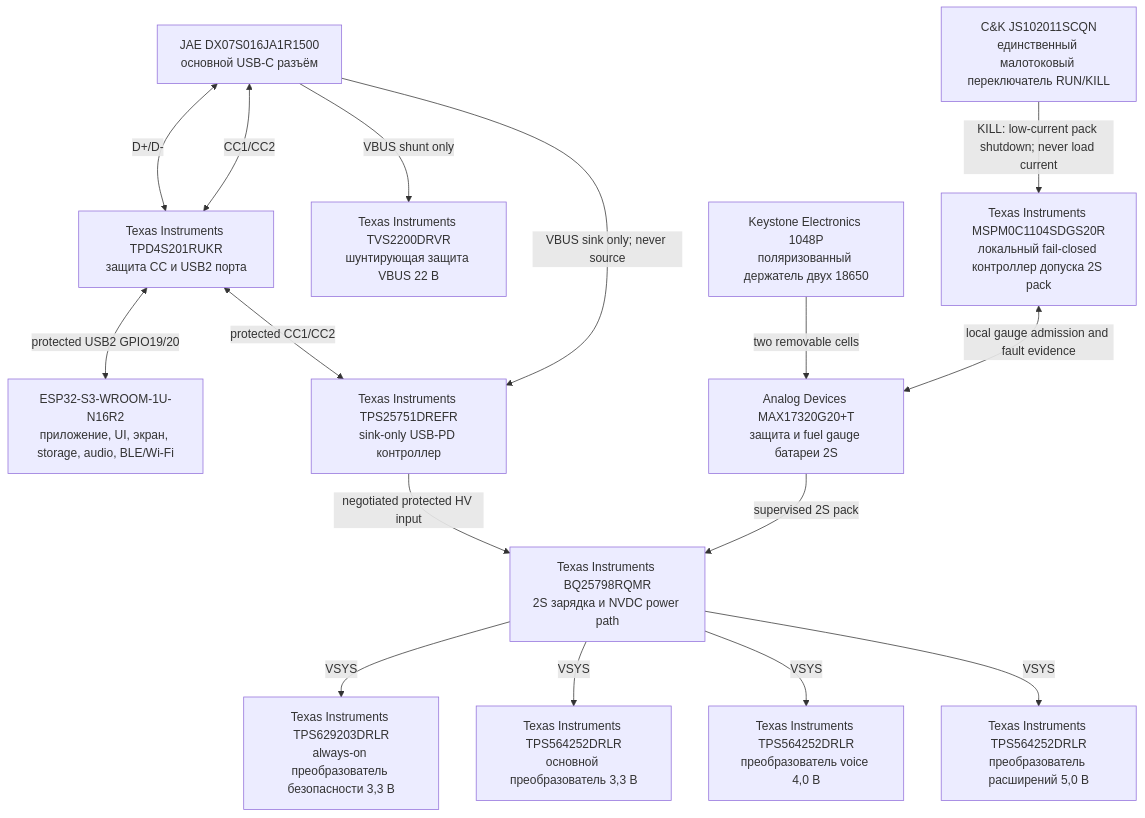
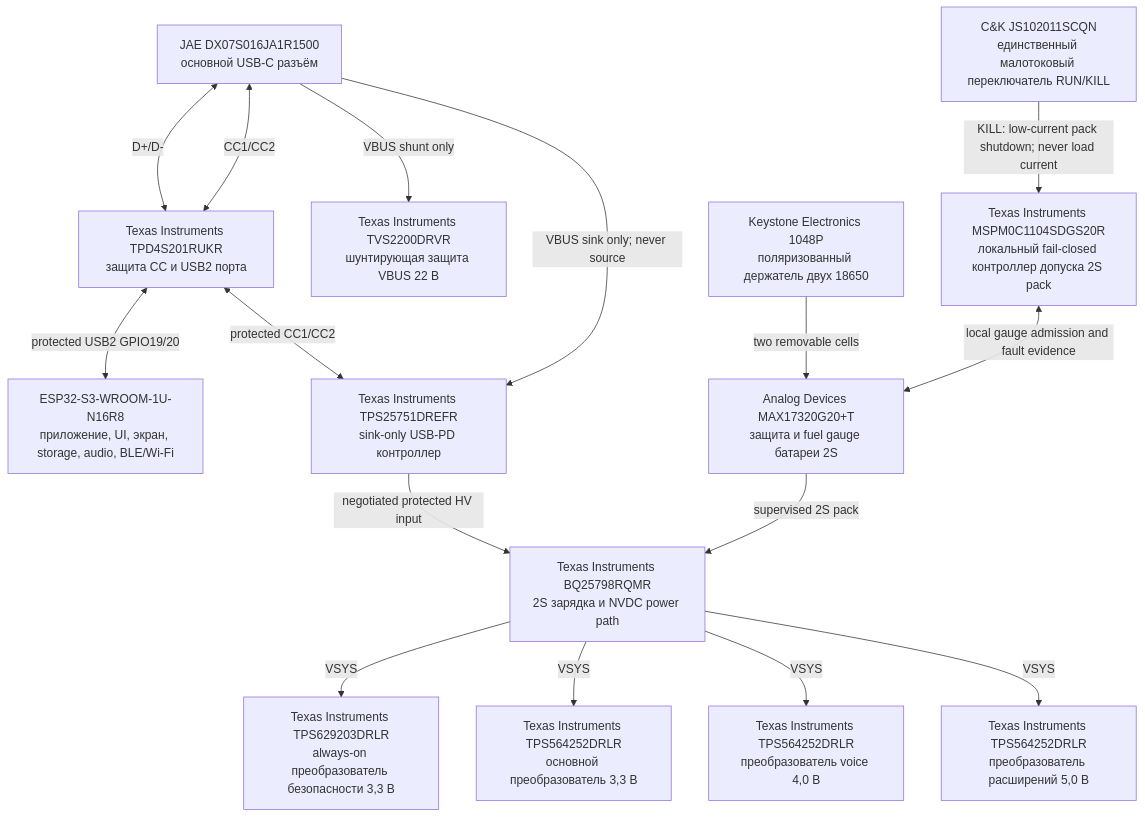
One commit to anton-vinogradov/esp32-leshy2 changed the ninth of 10 diagrams in README.ru.md. Above: the diagram before and after it, drawn with Mermaid. The commit also changed other lines of this file and 23 other files, not shown here.

````diff
--- a/README.ru.md
+++ b/README.ru.md
@@ -279,29 +286,29 @@
 ```mermaid
 flowchart TD
 PRODUCT_USB_CONNECTOR["JAE DX07S016JA1R1500<br/>основной USB-C разъём"]
 PRODUCT_USB_PROTECTOR["Texas Instruments TPD4S201RUKR<br/>защита CC и USB2 порта"]
-S3["ESP32-S3-WROOM-1U-N16R2<br/>приложение, UI, экран, storage, audio, BLE/Wi-Fi"]
+S3["ESP32-S3-WROOM-1U-N16R8<br/>приложение, UI, экран, storage, audio, BLE/Wi-Fi"]
 PD_VBUS_TVS["Texas Instruments TVS2200DRVR<br/>шунтирующая защита VBUS 22 В"]
 PD_CONTROLLER["Texas Instruments TPS25751DREFR<br/>sink-only USB-PD контроллер"]
 NVDC_CHARGER["Texas Instruments BQ25798RQMR<br/>2S зарядка и NVDC power path"]
 PACK_HOLDER["Keystone Electronics 1048P<br/>поляризованный держатель двух 18650"]
 PACK_GAUGE["Analog Devices MAX17320G20+T<br/>защита и fuel gauge батареи 2S"]
 PACK_ADMISSION["Texas Instruments MSPM0C1104SDGS20R<br/>локальный fail-closed контроллер допуска 2S pack"]
 POWER_COMMAND_SWITCH["C&K JS102011SCQN<br/>единственный малотоковый переключатель RUN/KILL"]
 AON_BUCK["Texas Instruments TPS629203DRLR<br/>always-on преобразователь безопасности 3,3 В"]
 MAIN_BUCK["Texas Instruments TPS564252DRLR<br/>основной преобразователь 3,3 В"]
 VOICE_BUCK["Texas Instruments TPS564252DRLR<br/>преобразователь voice 4,0 В"]
 EXT_BUCK["Texas Instruments TPS564252DRLR<br/>преобразователь расширений 5,0 В"]
   PRODUCT_USB_CONNECTOR <-->|"D+/D-"| PRODUCT_USB_PROTECTOR <-->|"protected USB2 GPIO19/20"| S3
   PRODUCT_USB_CONNECTOR <-->|"CC1/CC2"| PRODUCT_USB_PROTECTOR <-->|"protected CC1/CC2"| PD_CONTROLLER
   PRODUCT_USB_CONNECTOR -->|"VBUS sink only; never source"| PD_CONTROLLER
   PRODUCT_USB_CONNECTOR -->|"VBUS shunt only"| PD_VBUS_TVS
   PD_CONTROLLER -->|"negotiated protected HV input"| NVDC_CHARGER
   PACK_HOLDER -->|"two removable cells"| PACK_GAUGE -->|"supervised 2S pack"| NVDC_CHARGER
   POWER_COMMAND_SWITCH -->|"KILL: low-current pack shutdown; never load current"| PACK_ADMISSION
   PACK_ADMISSION <-->|"local gauge admission and fault evidence"| PACK_GAUGE
   NVDC_CHARGER -->|"VSYS"| AON_BUCK
   NVDC_CHARGER -->|"VSYS"| MAIN_BUCK
   NVDC_CHARGER -->|"VSYS"| VOICE_BUCK
   NVDC_CHARGER -->|"VSYS"| EXT_BUCK
 ```
````
